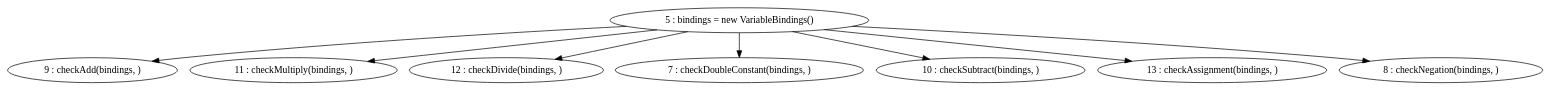
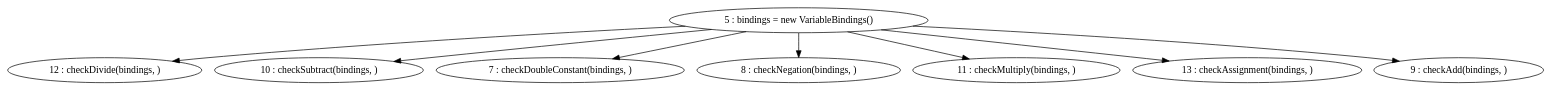
One commit to thomassimko/thesis-code-duplication changed the diagram in pdg/source/102_Code/102_hw2/dir31/TestCases-main.gv. Above: the diagram before and after it, drawn with Graphviz. The commit also changed other lines of this file and 2230 other files, not shown here.

```diff
--- a/pdg/source/102_Code/102_hw2/dir31/TestCases-main.gv
+++ b/pdg/source/102_Code/102_hw2/dir31/TestCases-main.gv
@@ -1,17 +1,17 @@
 digraph G {
 "5 : bindings = new VariableBindings()"
+"5 : bindings = new VariableBindings()" -> "12 : checkDivide(bindings, )"
+"5 : bindings = new VariableBindings()" -> "10 : checkSubtract(bindings, )"
+"5 : bindings = new VariableBindings()" -> "7 : checkDoubleConstant(bindings, )"
+"5 : bindings = new VariableBindings()" -> "8 : checkNegation(bindings, )"
+"5 : bindings = new VariableBindings()" -> "11 : checkMultiply(bindings, )"
+"5 : bindings = new VariableBindings()" -> "13 : checkAssignment(bindings, )"
 "5 : bindings = new VariableBindings()" -> "9 : checkAdd(bindings, )"
-"5 : bindings = new VariableBindings()" -> "11 : checkMultiply(bindings, )"
-"5 : bindings = new VariableBindings()" -> "12 : checkDivide(bindings, )"
-"5 : bindings = new VariableBindings()" -> "7 : checkDoubleConstant(bindings, )"
-"5 : bindings = new VariableBindings()" -> "10 : checkSubtract(bindings, )"
-"5 : bindings = new VariableBindings()" -> "13 : checkAssignment(bindings, )"
-"5 : bindings = new VariableBindings()" -> "8 : checkNegation(bindings, )"
 "7 : checkDoubleConstant(bindings, )"
 "8 : checkNegation(bindings, )"
 "9 : checkAdd(bindings, )"
 "10 : checkSubtract(bindings, )"
 "11 : checkMultiply(bindings, )"
 "12 : checkDivide(bindings, )"
 "13 : checkAssignment(bindings, )"
 }
```
